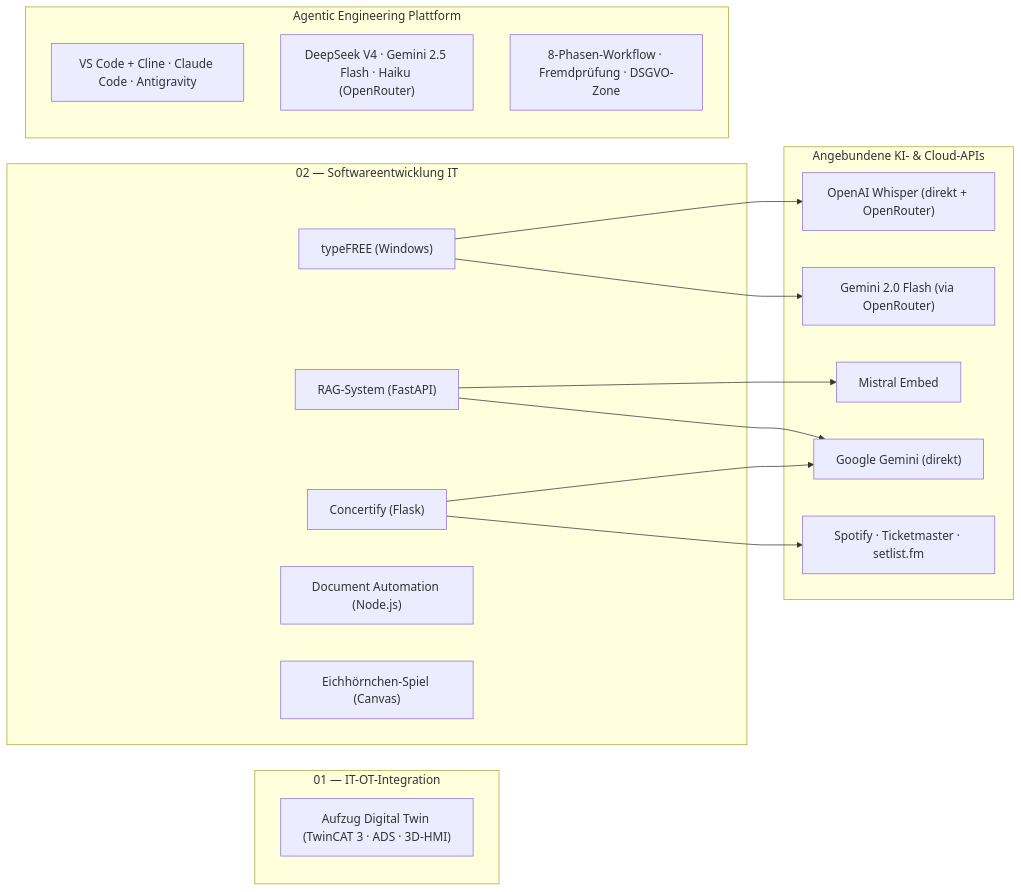
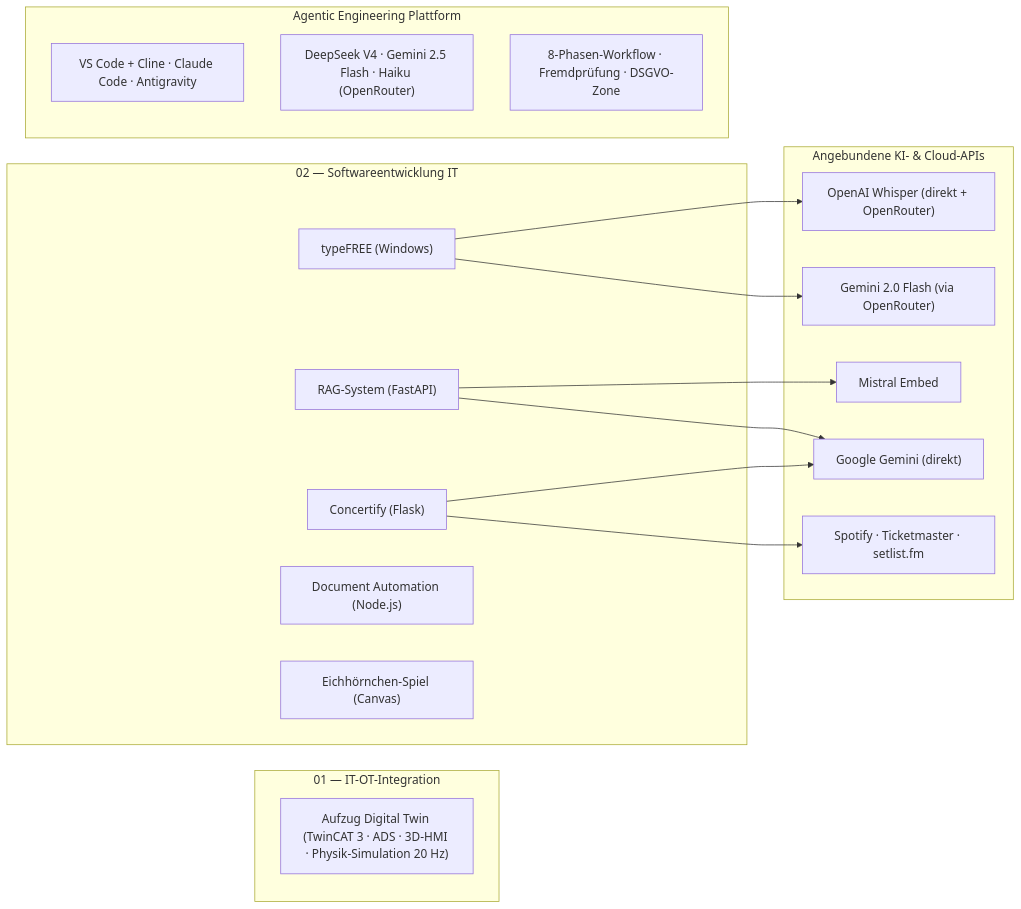
The diagram in README.md (HeartledAgentEngineer/it-ot-agentic-engineering), drawn with Mermaid before and after one commit. The commit also changed other lines of this file and 2 other files, not shown here.

Commit message:
READMEs: Groq entfernt, Physik-Simulation ergänzt; 01_IT-OT_README aktualisiert

````diff
--- a/README.md
+++ b/README.md
@@ -32,35 +32,35 @@
 ```mermaid
 graph LR
     subgraph OT["01 — IT-OT-Integration"]
-        E["Aufzug Digital Twin (TwinCAT 3 · ADS · 3D-HMI)"]
+        E["Aufzug Digital Twin (TwinCAT 3 · ADS · 3D-HMI · Physik-Simulation 20 Hz)"]
     end
 
     subgraph IT["02 — Softwareentwicklung IT"]
         C["Concertify (Flask)"]
         T["typeFREE (Windows)"]
         R["RAG-System (FastAPI)"]
         D["Document Automation (Node.js)"]
         S["Eichhörnchen-Spiel (Canvas)"]
     end
 
     subgraph APIs["Angebundene KI- & Cloud-APIs"]
         WH["OpenAI Whisper (direkt + OpenRouter)"]
         G2F["Gemini 2.0 Flash (via OpenRouter)"]
         MB["Mistral Embed"]
         G2["Google Gemini (direkt)"]
         SP["Spotify · Ticketmaster · setlist.fm"]
     end
 
     subgraph AE["Agentic Engineering Plattform"]
         CLI["VS Code + Cline · Claude Code · Antigravity"]
         MOD["DeepSeek V4 · Gemini 2.5 Flash · Haiku (OpenRouter)"]
         WF["8-Phasen-Workflow · Fremdprüfung · DSGVO-Zone"]
     end
 
     C["Concertify (Flask)"] --> SP
     C --> G2
     T["typeFREE (Windows)"] --> WH
     T --> G2F
     R["RAG-System (FastAPI)"] --> G2
     R --> MB
 ```
````
